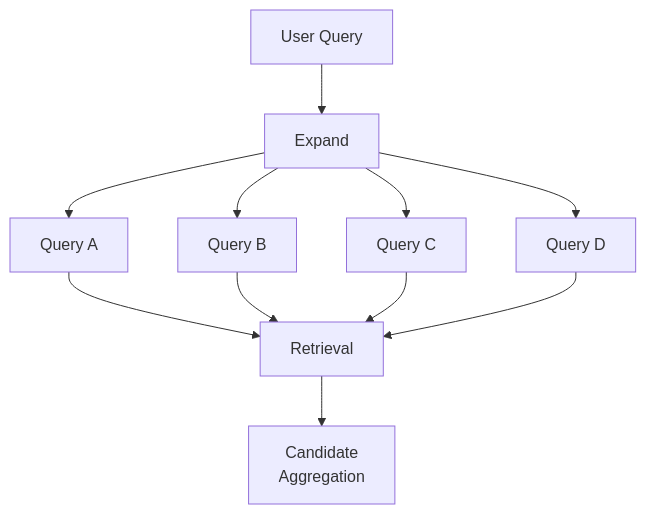
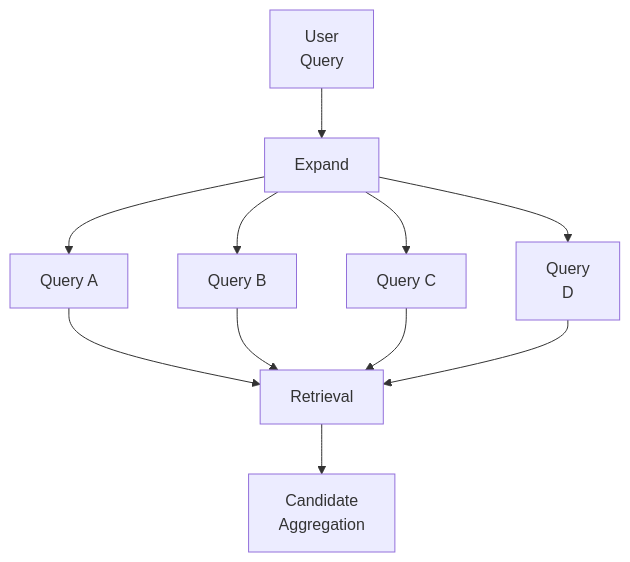
The third of 6 diagrams in docs/architecture-insights/genai-and-rag/2.3-engineering-query-transformation-pipelines-for-enterprise-retrieval.md (MihirKJha/enterprise-ai-blog), drawn with Mermaid before and after one commit. The commit also changed other lines of this file, not shown here.

````diff
--- a/docs/architecture-insights/genai-and-rag/2.3-engineering-query-transformation-pipelines-for-enterprise-retrieval.md
+++ b/docs/architecture-insights/genai-and-rag/2.3-engineering-query-transformation-pipelines-for-enterprise-retrieval.md
@@ -212,25 +212,25 @@
 ```mermaid
 graph TD
-    A[User Query]
+    A[User<br/>Query]
     B[Expand]
     C[Query A]
     D[Query B]
     E[Query C]
-    F[Query D]
+    F[Query<br/>D]
     G[Retrieval]
     H[Candidate<br/>Aggregation]
 
     A --> B
 
     B --> C
     B --> D
     B --> E
     B --> F
 
     C --> G
     D --> G
     E --> G
     F --> G
 
     G --> H
 ```
````
